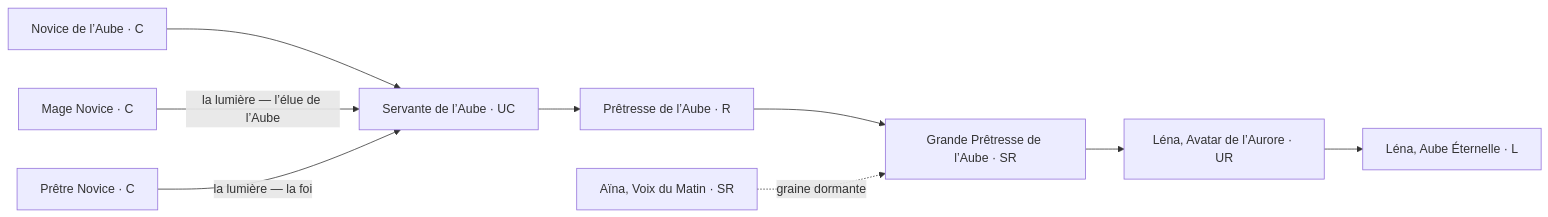
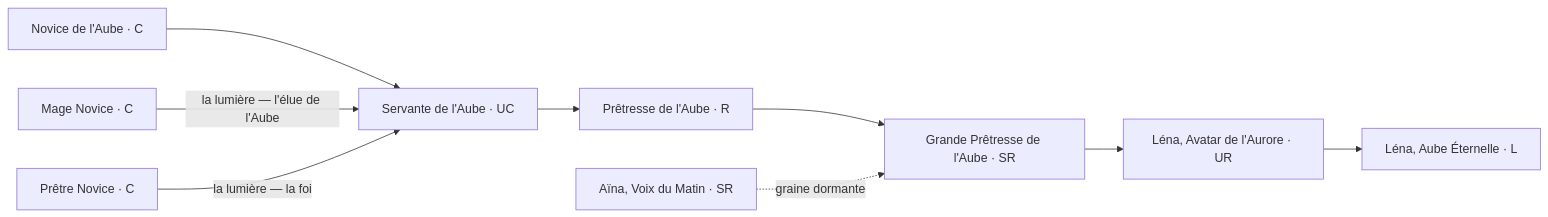
One commit to mobize191/aicg-lignees changed the seventh of 12 diagrams in docs/design/arbres-evolution.md. Above: the diagram before and after it, drawn with Mermaid. The commit also changed other lines of this file and 2 other files, not shown here.

````diff
--- a/docs/design/arbres-evolution.md
+++ b/docs/design/arbres-evolution.md
@@ -113,7 +131,7 @@
 ```mermaid
 flowchart LR
-  s1["Novice de l’Aube · C"] --> s13["Servante de l’Aube · UC"] --> s5["Prêtresse de l’Aube · R"] --> s8["Grande Prêtresse de l’Aube · SR"] --> s9["Léna, Avatar de l’Aurore · UR"] --> s10["Léna, Aube Éternelle · L"]
-  n2["Mage Novice · C"] -->|"la lumière — l’élue de l’Aube"| s13["Servante de l’Aube · UC"]
-  n3["Prêtre Novice · C"] -->|"la lumière — la foi"| s13["Servante de l’Aube · UC"]
-  b4["Aïna, Voix du Matin · SR"] -.->|graine dormante| s8["Grande Prêtresse de l’Aube · SR"]
+  s1["Novice de l'Aube · C"] --> s13["Servante de l'Aube · UC"] --> s5["Prêtresse de l'Aube · R"] --> s8["Grande Prêtresse de l'Aube · SR"] --> s9["Léna, Avatar de l'Aurore · UR"] --> s10["Léna, Aube Éternelle · L"]
+  n2["Mage Novice · C"] -->|"la lumière — l'élue de l'Aube"| s13["Servante de l'Aube · UC"]
+  n3["Prêtre Novice · C"] -->|"la lumière — la foi"| s13["Servante de l'Aube · UC"]
+  b4["Aïna, Voix du Matin · SR"] -.->|graine dormante| s8["Grande Prêtresse de l'Aube · SR"]
 ```
````
